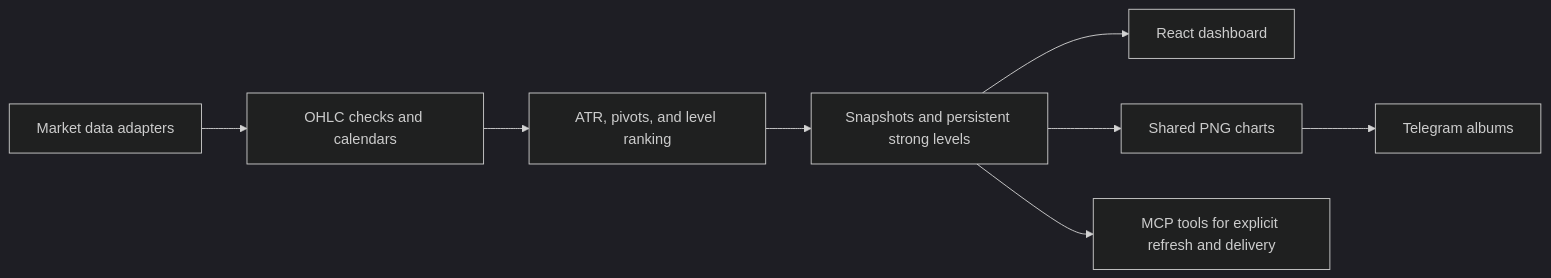
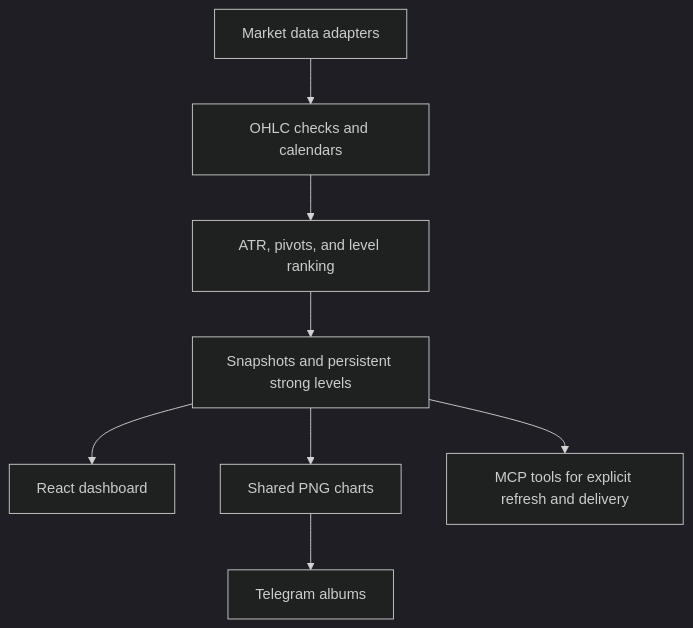
Before and after one commit to TelelyukhinIgor/market-compass: the diagram in README.md, drawn with Mermaid (dark theme). The commit also changed other lines of this file and 2 other files, not shown here.

Commit message:
Update the README first screen and add social preview assets. (#2)
Replace the opening section with the published tagline, status, and navigation, and add the 1280x640 social preview image.

````diff
--- a/README.md
+++ b/README.md
@@ -21,10 +25,10 @@
 ```mermaid
-flowchart LR
-  Provider["Market data adapters"] --> Validate["OHLC checks and calendars"]
-  Validate --> Analyze["ATR, pivots, and level ranking"]
-  Analyze --> Store["Snapshots and persistent strong levels"]
-  Store --> UI["React dashboard"]
-  Store --> Charts["Shared PNG charts"]
-  Charts --> Telegram["Telegram albums"]
-  Store --> MCP["MCP tools for explicit refresh and delivery"]
+flowchart TB
+  Provider[Market data adapters] --> Validate[OHLC checks and calendars]
+  Validate --> Analyze[ATR, pivots, and level ranking]
+  Analyze --> Store[Snapshots and persistent strong levels]
+  Store --> UI[React dashboard]
+  Store --> Charts[Shared PNG charts]
+  Charts --> Telegram[Telegram albums]
+  Store --> MCP[MCP tools for explicit refresh and delivery]
 ```
````
